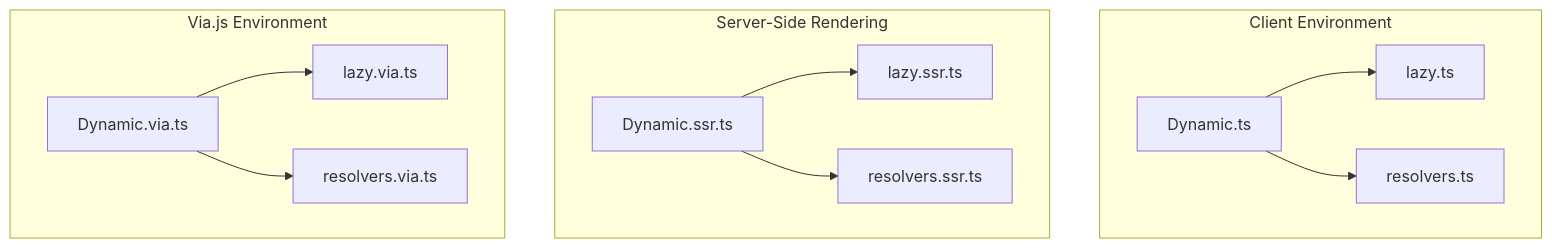
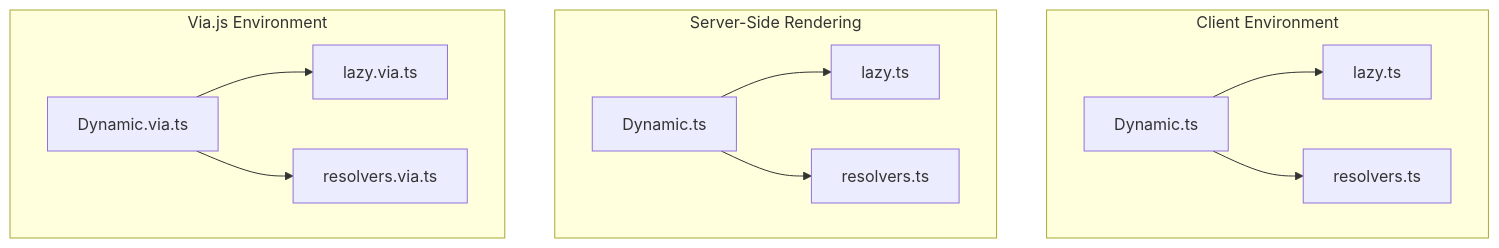
The first of 6 diagrams in .qoder/repowiki/en/content/Components/Dynamic Components.md (wobyjs/woby), drawn with Mermaid before and after one commit. The commit also changed other lines of this file and 36 other files, not shown here.

````diff
--- a/.qoder/repowiki/en/content/Components/Dynamic Components.md
+++ b/.qoder/repowiki/en/content/Components/Dynamic Components.md
@@ -45,24 +45,24 @@
 ```mermaid
 graph TD
 subgraph "Client Environment"
 DynamicClient[Dynamic.ts]
 LazyClient[lazy.ts]
 ResolversClient[resolvers.ts]
 end
 subgraph "Server-Side Rendering"
-DynamicSSR[Dynamic.ssr.ts]
-LazySSR[lazy.ssr.ts]
-ResolversSSR[resolvers.ssr.ts]
+DynamicSSR[Dynamic.ts]
+LazySSR[lazy.ts]
+ResolversSSR[resolvers.ts]
 end
 subgraph "Via.js Environment"
 DynamicVia[Dynamic.via.ts]
 LazyVia[lazy.via.ts]
 ResolversVia[resolvers.via.ts]
 end
 DynamicClient --> LazyClient
 DynamicClient --> ResolversClient
 DynamicSSR --> LazySSR
 DynamicSSR --> ResolversSSR
 DynamicVia --> LazyVia
 DynamicVia --> ResolversVia
 ```
````
